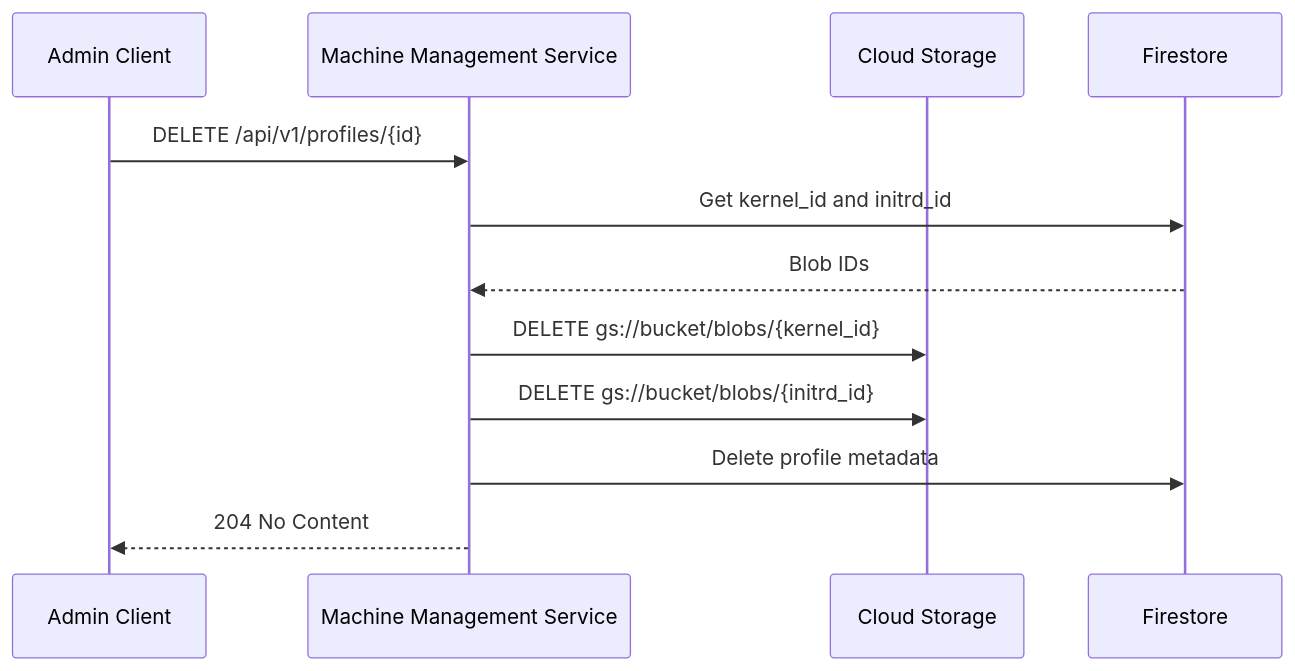
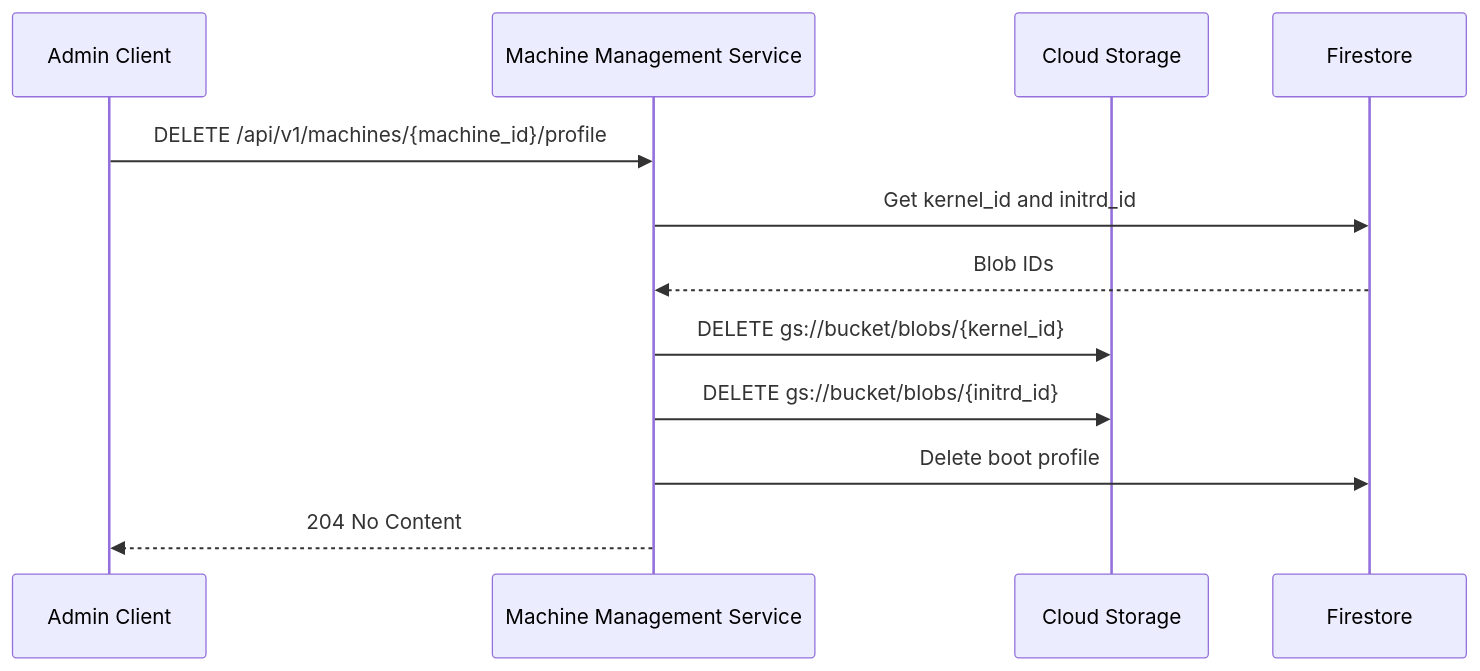
The sixth of 11 diagrams in docs/content/r&d/services/machine-mgmt/api.md (Zaba505/infra), drawn with Mermaid before and after one commit. The commit also changed other lines of this file and 1 other file, not shown here.

````diff
--- a/docs/content/r&d/services/machine-mgmt/api.md
+++ b/docs/content/r&d/services/machine-mgmt/api.md
@@ -383,15 +334,15 @@
 ```mermaid
 sequenceDiagram
     participant Client as Admin Client
     participant API as Machine Management Service
     participant Storage as Cloud Storage
     participant DB as Firestore
     
-    Client->>API: DELETE /api/v1/profiles/{id}
+    Client->>API: DELETE /api/v1/machines/{machine_id}/profile
     API->>DB: Get kernel_id and initrd_id
     DB-->>API: Blob IDs
     API->>Storage: DELETE gs://bucket/blobs/{kernel_id}
     API->>Storage: DELETE gs://bucket/blobs/{initrd_id}
-    API->>DB: Delete profile metadata
+    API->>DB: Delete boot profile
     API-->>Client: 204 No Content
 ```
````
